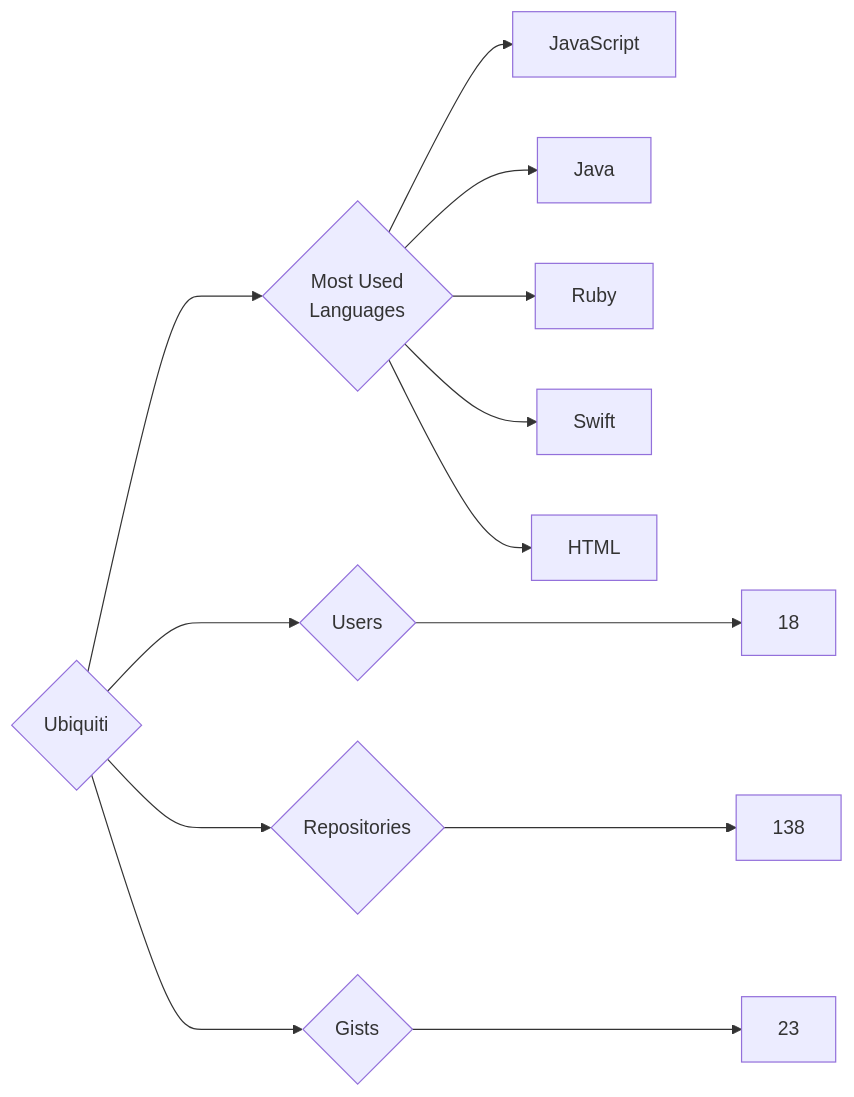
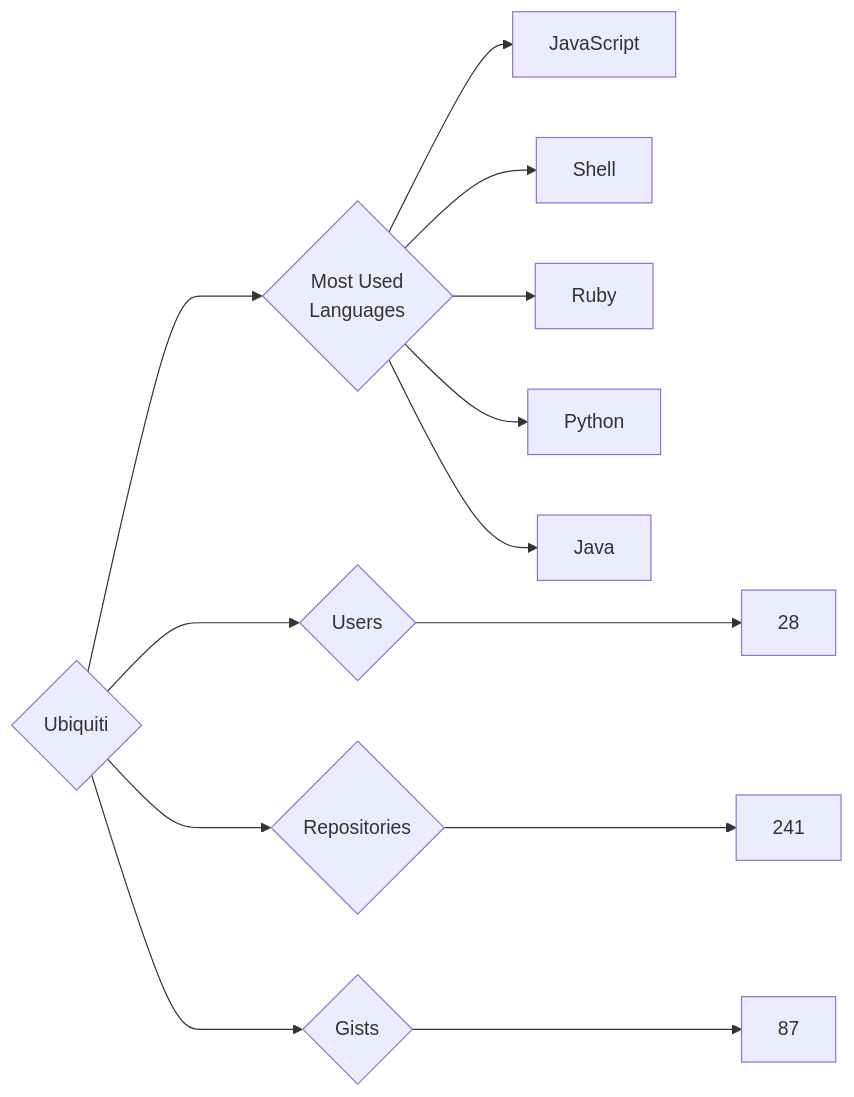
Before and after one commit to trickest/insiders: the diagram in targets/Ubiquiti/README.md, drawn with Mermaid. The commit also changed 920 other files, not shown here.

````diff
--- a/targets/Ubiquiti/README.md
+++ b/targets/Ubiquiti/README.md
@@ -3,13 +3,13 @@
 ```mermaid
 graph LR
 COMPANY_NAME{Ubiquiti}
-COMPANY_NAME ---> U{Users} ---> UN[18]
-COMPANY_NAME ---> R{Repositories} ---> RN[138]
-COMPANY_NAME ---> G{Gists} ---> GN[23]
+COMPANY_NAME ---> U{Users} ---> UN[28]
+COMPANY_NAME ---> R{Repositories} ---> RN[241]
+COMPANY_NAME ---> G{Gists} ---> GN[87]
 COMPANY_NAME ---> ML{Most Used<br>Languages}
 ML --> JavaScript[JavaScript]
+ML --> Shell[Shell]
+ML --> Ruby[Ruby]
+ML --> Python[Python]
 ML --> Java[Java]
-ML --> Ruby[Ruby]
-ML --> Swift[Swift]
-ML --> HTML[HTML]
 ```
````
